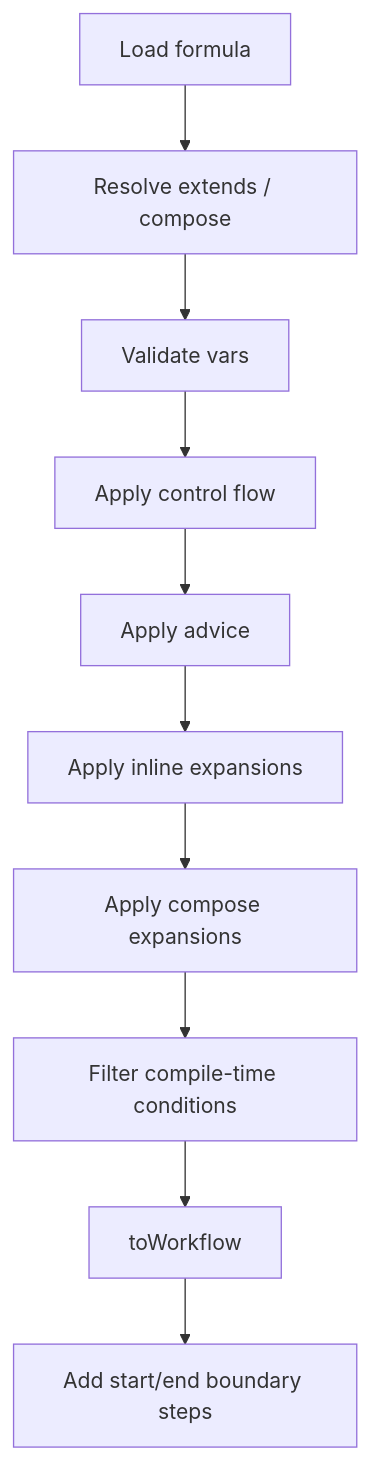
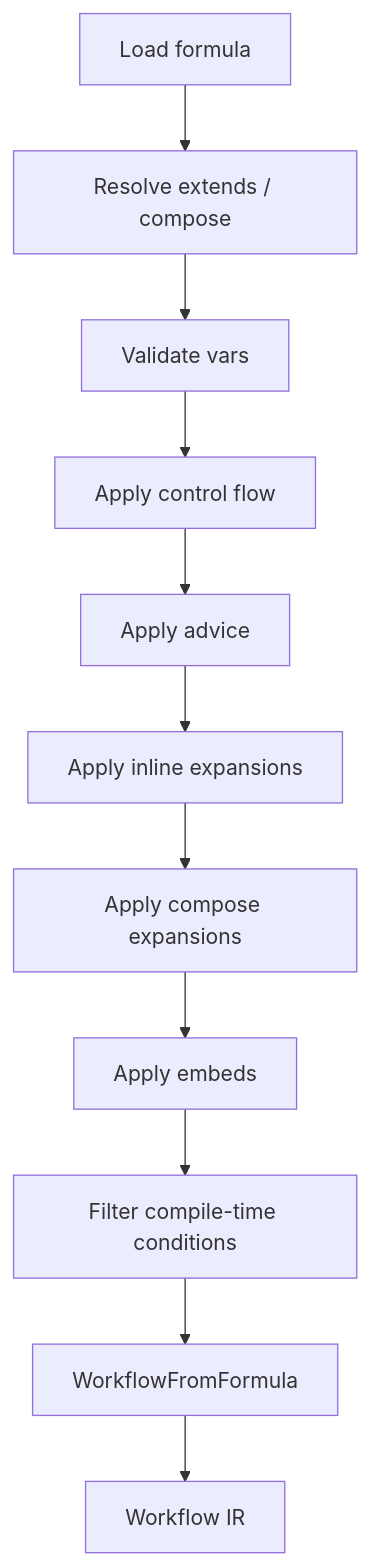
One commit to sjzsdu/tt changed the second of 3 diagrams in ai-docs/formula-system.md. Above: the diagram before and after it, drawn with Mermaid. The commit also changed other lines of this file and 4 other files, not shown here.

Commit message:
docs(formula): update workflow architecture docs

````diff
--- a/ai-docs/formula-system.md
+++ b/ai-docs/formula-system.md
@@ -142,12 +91,13 @@
 ```mermaid
 flowchart TD
     A[Load formula] --> B[Resolve extends / compose]
     B --> C[Validate vars]
     C --> D[Apply control flow]
     D --> E[Apply advice]
     E --> F[Apply inline expansions]
     F --> G[Apply compose expansions]
-    G --> H[Filter compile-time conditions]
-    H --> I[toWorkflow]
-    I --> J[Add start/end boundary steps]
+    G --> H[Apply embeds]
+    H --> I[Filter compile-time conditions]
+    I --> J[WorkflowFromFormula]
+    J --> K[Workflow IR]
 ```
````
